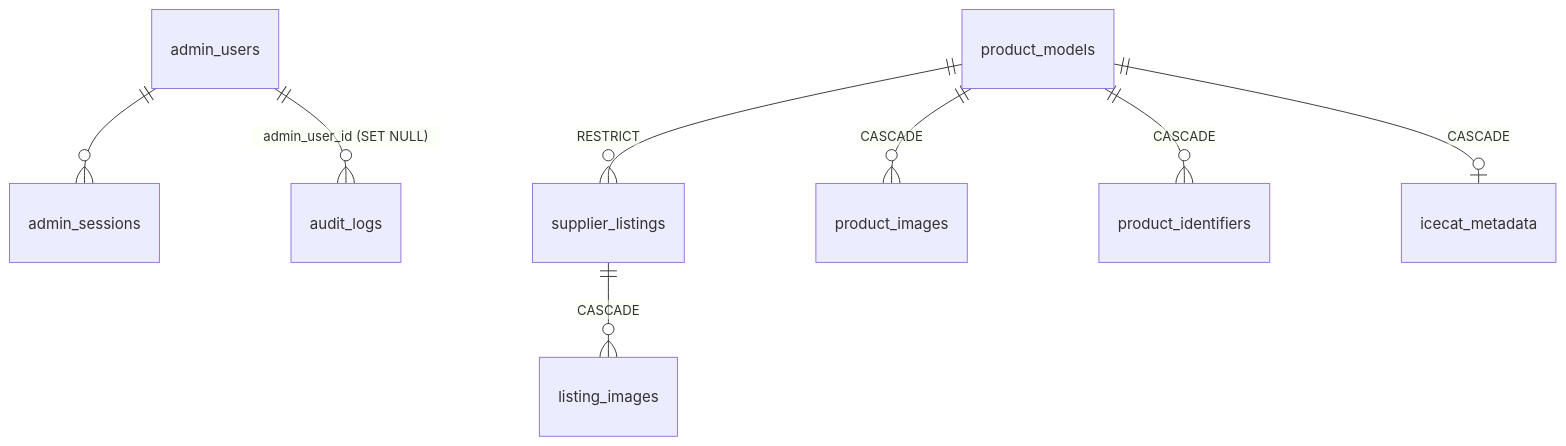
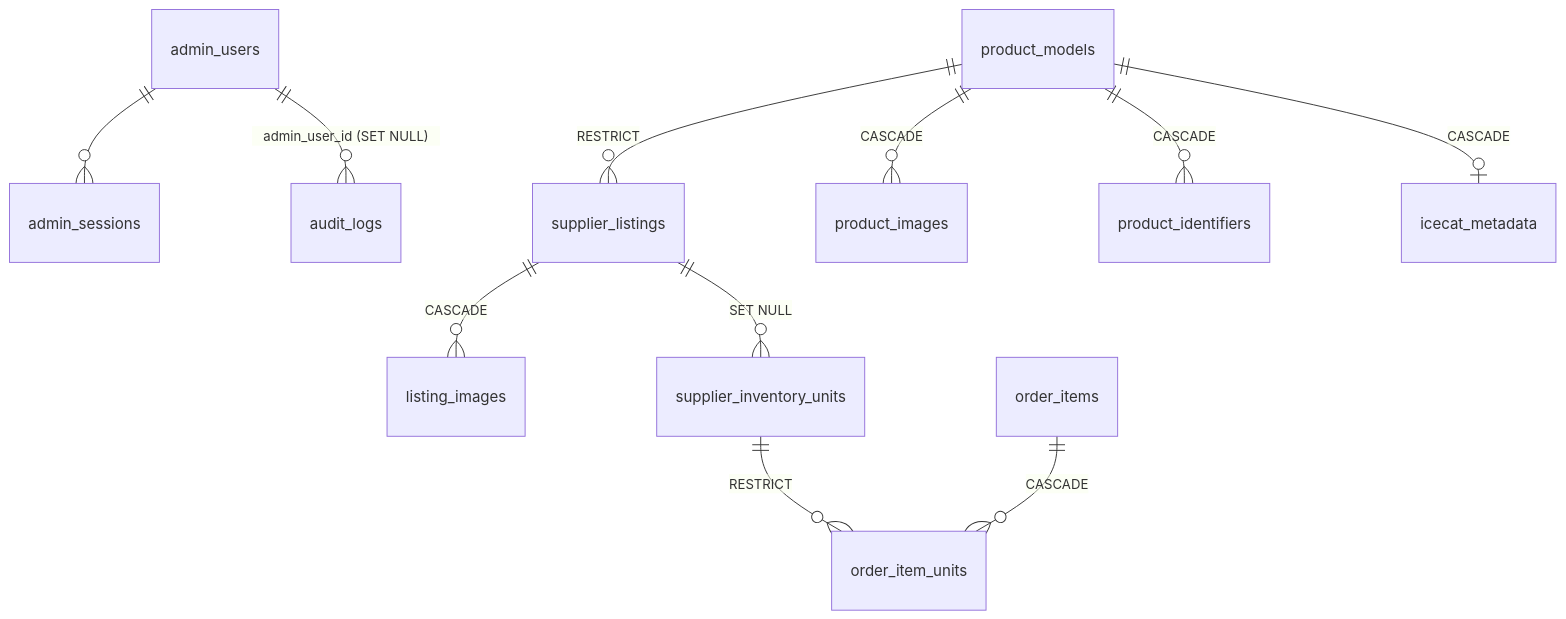
Before and after one commit to rissu18/laptop_store: the first of 2 diagrams in docs/DATABASE.md, drawn with Mermaid. The commit also changed other lines of this file and 61 other files, not shown here.

````diff
--- a/docs/DATABASE.md
+++ b/docs/DATABASE.md
@@ -50,10 +50,13 @@
 ```mermaid
 erDiagram
   admin_users ||--o{ admin_sessions : ""
   admin_users ||--o{ audit_logs : "admin_user_id (SET NULL)"
   product_models ||--o{ supplier_listings : "RESTRICT"
   product_models ||--o{ product_images : "CASCADE"
   product_models ||--o{ product_identifiers : "CASCADE"
   product_models ||--o| icecat_metadata : "CASCADE"
   supplier_listings ||--o{ listing_images : "CASCADE"
+  supplier_listings ||--o{ supplier_inventory_units : "SET NULL"
+  supplier_inventory_units ||--o{ order_item_units : "RESTRICT"
+  order_items ||--o{ order_item_units : "CASCADE"
 ```
````
